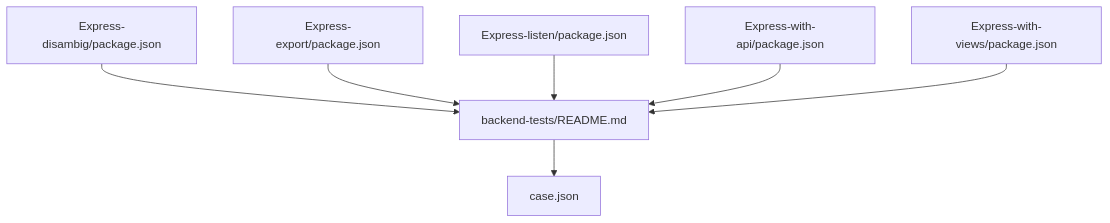
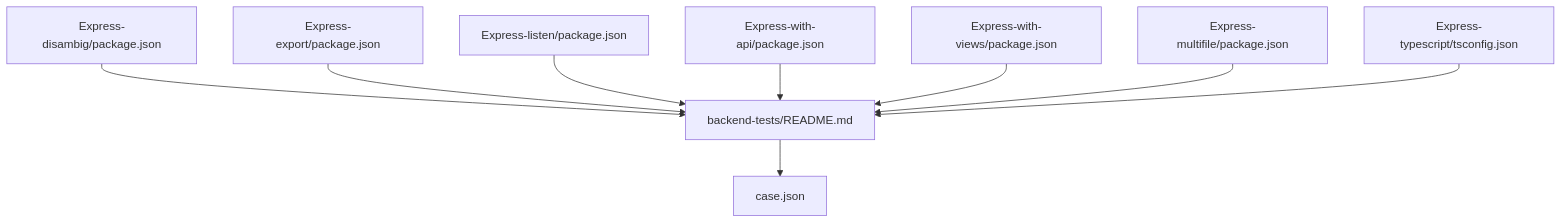
One commit to esa-sp/test-for-aone-ci changed the tenth of 10 diagrams in .qoder/repowiki/zh/content/后端框架测试/Express框架测试.md. Above: the diagram before and after it, drawn with Mermaid. The commit also changed other lines of this file and 119 other files, not shown here.

````diff
--- a/.qoder/repowiki/zh/content/后端框架测试/Express框架测试.md
+++ b/.qoder/repowiki/zh/content/后端框架测试/Express框架测试.md
@@ -325,16 +441,20 @@
 ```mermaid
 graph TB
 P1["Express-disambig/package.json"]
 P2["Express-export/package.json"]
 P3["Express-listen/package.json"]
 P4["Express-with-api/package.json"]
 P5["Express-with-views/package.json"]
+P6["Express-multifile/package.json"]
+P7["Express-typescript/tsconfig.json"]
 R["backend-tests/README.md"]
 C["case.json"]
 P1 --> R
 P2 --> R
 P3 --> R
 P4 --> R
 P5 --> R
+P6 --> R
+P7 --> R
 R --> C
 ```
````
